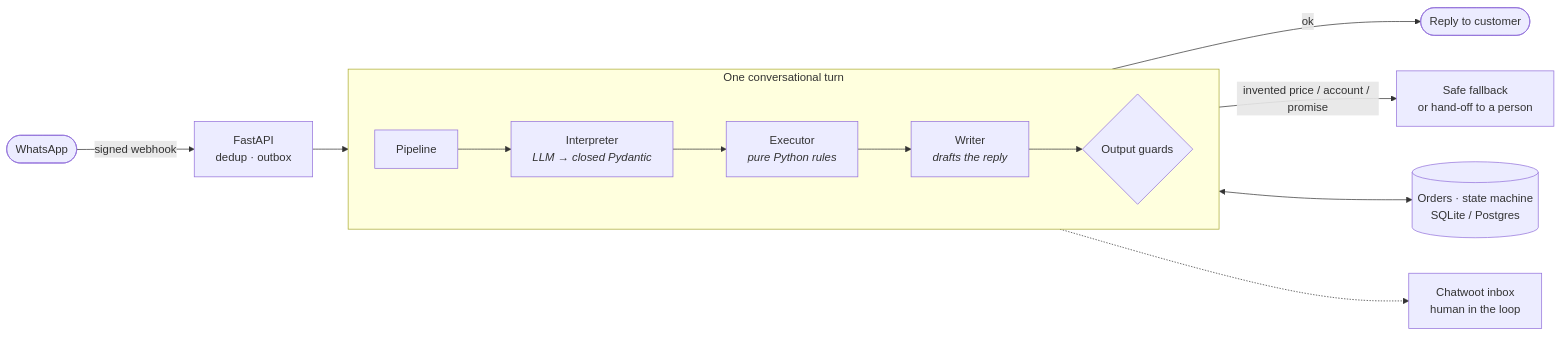
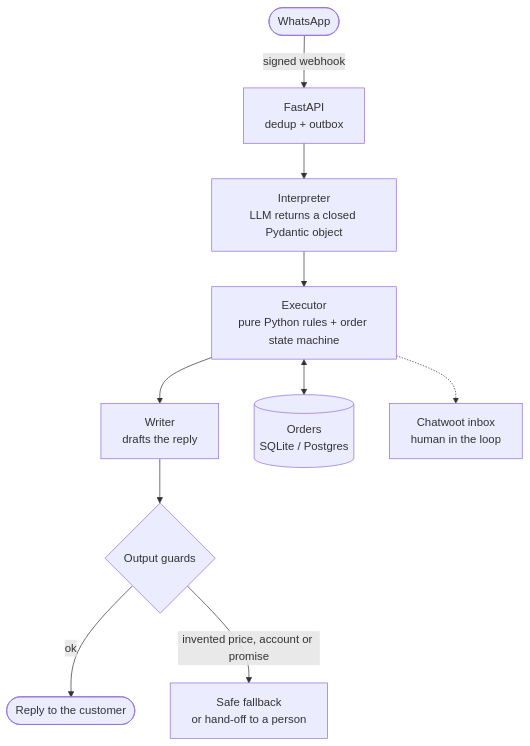
One commit to camilo7100/ventabot-showcase changed the first of 2 diagrams in README.md. Above: the diagram before and after it, drawn with Mermaid.

Commit message:
README: diagrama de flujo vertical (más legible)

````diff
--- a/README.md
+++ b/README.md
@@ -69,16 +69,12 @@
 ```mermaid
-flowchart LR
-    WA([WhatsApp]) -->|signed webhook| API[FastAPI<br/>dedup · outbox]
-    API --> P[Pipeline]
-    subgraph Turn [One conversational turn]
-        direction LR
-        P --> I[Interpreter<br/><i>LLM → closed Pydantic</i>]
-        I --> E[Executor<br/><i>pure Python rules</i>]
-        E --> R[Writer<br/><i>drafts the reply</i>]
-        R --> G{Output guards}
-    end
-    G -->|ok| OUT([Reply to customer])
-    G -->|invented price / account / promise| FB[Safe fallback<br/>or hand-off to a person]
-    E <--> DB[(Orders · state machine<br/>SQLite / Postgres)]
-    E -.-> CW[Chatwoot inbox<br/>human in the loop]
+flowchart TD
+    WA([WhatsApp]) -->|signed webhook| API["FastAPI<br/>dedup + outbox"]
+    API --> I["Interpreter<br/>LLM returns a closed Pydantic object"]
+    I --> E["Executor<br/>pure Python rules + order state machine"]
+    E --> R["Writer<br/>drafts the reply"]
+    R --> G{"Output guards"}
+    G -->|ok| OUT([Reply to the customer])
+    G -->|invented price, account or promise| FB["Safe fallback<br/>or hand-off to a person"]
+    E <--> DB[("Orders<br/>SQLite / Postgres")]
+    E -.-> CW["Chatwoot inbox<br/>human in the loop"]
 ```
````
